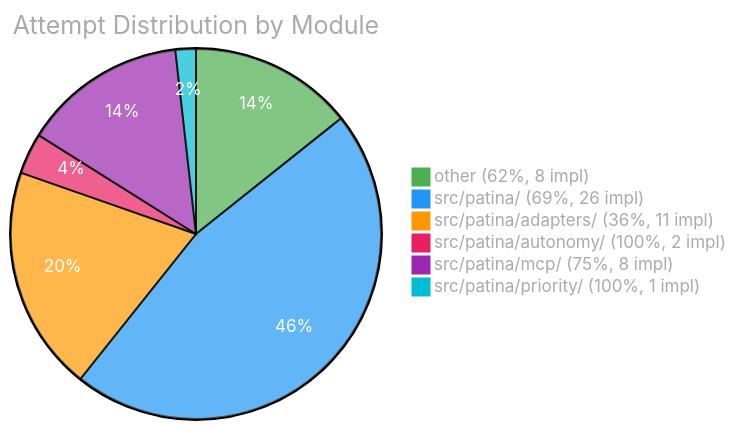
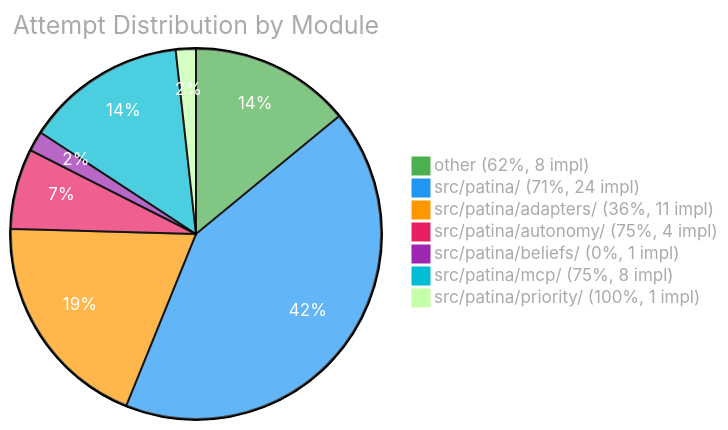
One commit to Sanctum-Origo-Systems/patina changed the third of 3 diagrams in EVAL.md. Above: the diagram before and after it, drawn with Mermaid. The commit also changed other lines of this file and 1 other file, not shown here.

````diff
--- a/EVAL.md
+++ b/EVAL.md
@@ -68,10 +70,11 @@
 ```mermaid
 %%{init: {'theme': 'base', 'themeVariables': {'pie1': '#4CAF50', 'pie2': '#2196F3', 'pie3': '#FF9800', 'pie4': '#E91E63', 'pie5': '#9C27B0', 'pie6': '#00BCD4', 'pieTitleTextColor': '#aaa', 'pieLegendTextColor': '#aaa', 'pieSectionTextColor': '#fff'}}}%%
 pie title Attempt Distribution by Module
     "other (62%, 8 impl)" : 8
-    "src/patina/ (69%, 26 impl)" : 26
+    "src/patina/ (71%, 24 impl)" : 24
     "src/patina/adapters/ (36%, 11 impl)" : 11
-    "src/patina/autonomy/ (100%, 2 impl)" : 2
+    "src/patina/autonomy/ (75%, 4 impl)" : 4
+    "src/patina/beliefs/ (0%, 1 impl)" : 1
     "src/patina/mcp/ (75%, 8 impl)" : 8
     "src/patina/priority/ (100%, 1 impl)" : 1
 ```
````
